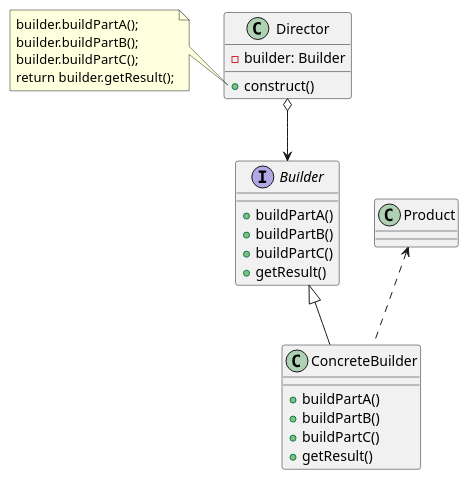
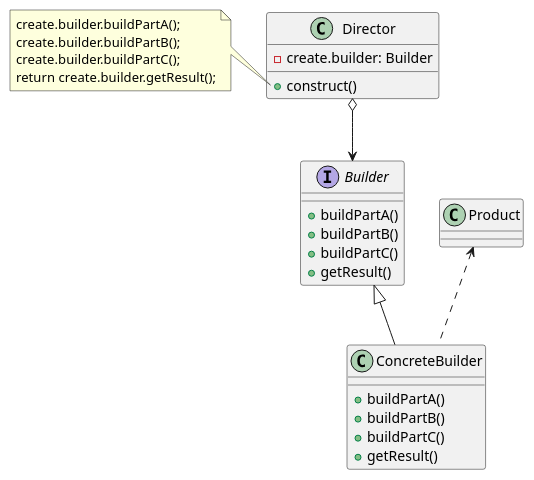
Before and after one commit to pursueEJ/design-pattern-study: the diagram in uml/builder/case1.puml, drawn with PlantUML. The commit also changed 19 other files, not shown here.

```diff
--- a/uml/builder/case1.puml
+++ b/uml/builder/case1.puml
@@ -1,38 +1,38 @@
 @startuml
 'https://plantuml.com/class-diagram
 
 interface Builder {
     + buildPartA()
     + buildPartB()
     + buildPartC()
     + getResult()
 }
 
 class ConcreteBuilder {
     + buildPartA()
     + buildPartB()
     + buildPartC()
     + getResult()
 }
 
 class Director {
-    - builder: Builder
+    - create.builder: Builder
     + construct()
 }
 
 Director o--> Builder
 
 
 class Product
 
 Builder <|-- ConcreteBuilder
 Product <.. ConcreteBuilder
 
 note left of Director::construct
-    builder.buildPartA();
-    builder.buildPartB();
-    builder.buildPartC();
-    return builder.getResult();
+    create.builder.buildPartA();
+    create.builder.buildPartB();
+    create.builder.buildPartC();
+    return create.builder.getResult();
 end note
 
 @enduml
```
